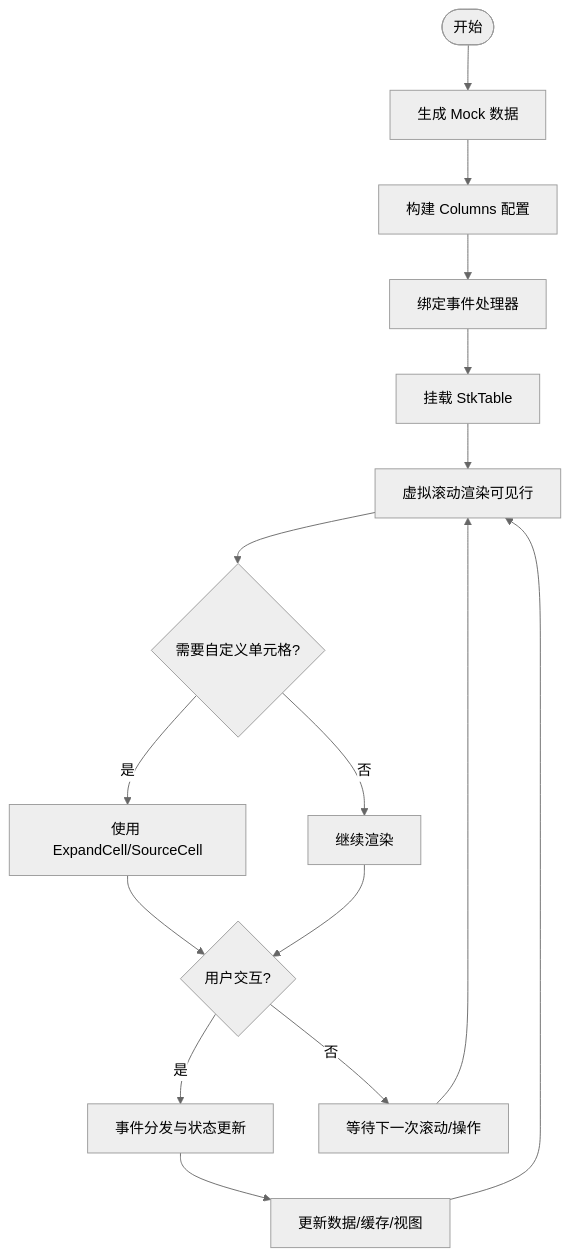
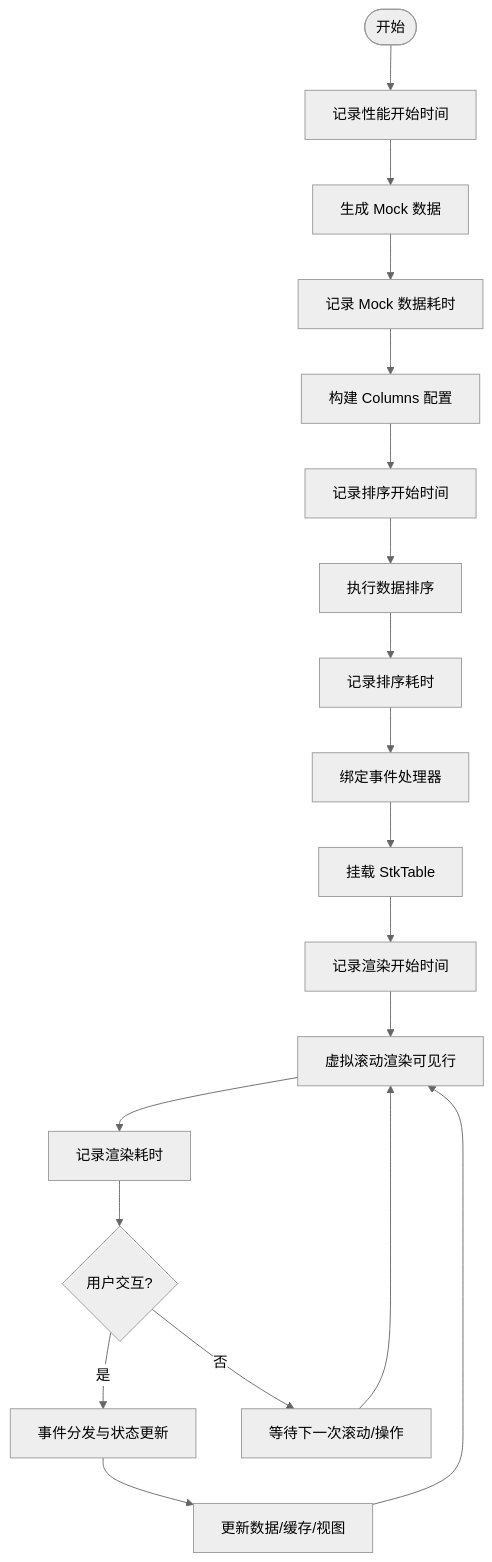
One commit to ja-plus/stk-table-vue changed the third of 13 diagrams in .qoder/repowiki/zh/content/示例演示/大数据处理示例.md. Above: the diagram before and after it, drawn with Mermaid (neutral theme). The commit also changed other lines of this file and 12 other files, not shown here.

````diff
--- a/.qoder/repowiki/zh/content/示例演示/大数据处理示例.md
+++ b/.qoder/repowiki/zh/content/示例演示/大数据处理示例.md
@@ -204,18 +206,21 @@
 ```mermaid
 flowchart TD
-Start(["开始"]) --> GenMock["生成 Mock 数据"]
-GenMock --> BuildCols["构建 Columns 配置"]
-BuildCols --> BindEvents["绑定事件处理器"]
+Start(["开始"]) --> PerfStart["记录性能开始时间"]
+PerfStart --> GenMock["生成 Mock 数据"]
+GenMock --> PerfEnd1["记录 Mock 数据耗时"]
+PerfEnd1 --> BuildCols["构建 Columns 配置"]
+BuildCols --> SortStart["记录排序开始时间"]
+SortStart --> SortData["执行数据排序"]
+SortData --> PerfEnd2["记录排序耗时"]
+PerfEnd2 --> BindEvents["绑定事件处理器"]
 BindEvents --> Mount["挂载 StkTable"]
-Mount --> Render["虚拟滚动渲染可见行"]
-Render --> CustomCell{"需要自定义单元格?"}
-CustomCell --> |是| UseCC["使用 ExpandCell/SourceCell"]
-CustomCell --> |否| Continue["继续渲染"]
-UseCC --> Interact{"用户交互?"}
-Continue --> Interact
+Mount --> RenderStart["记录渲染开始时间"]
+RenderStart --> Render["虚拟滚动渲染可见行"]
+Render --> PerfEnd3["记录渲染耗时"]
+PerfEnd3 --> Interact{"用户交互?"}
 Interact --> |是| HandleEvt["事件分发与状态更新"]
 Interact --> |否| Wait["等待下一次滚动/操作"]
 HandleEvt --> Update["更新数据/缓存/视图"]
 Update --> Render
 Wait --> Render
 ```
````
